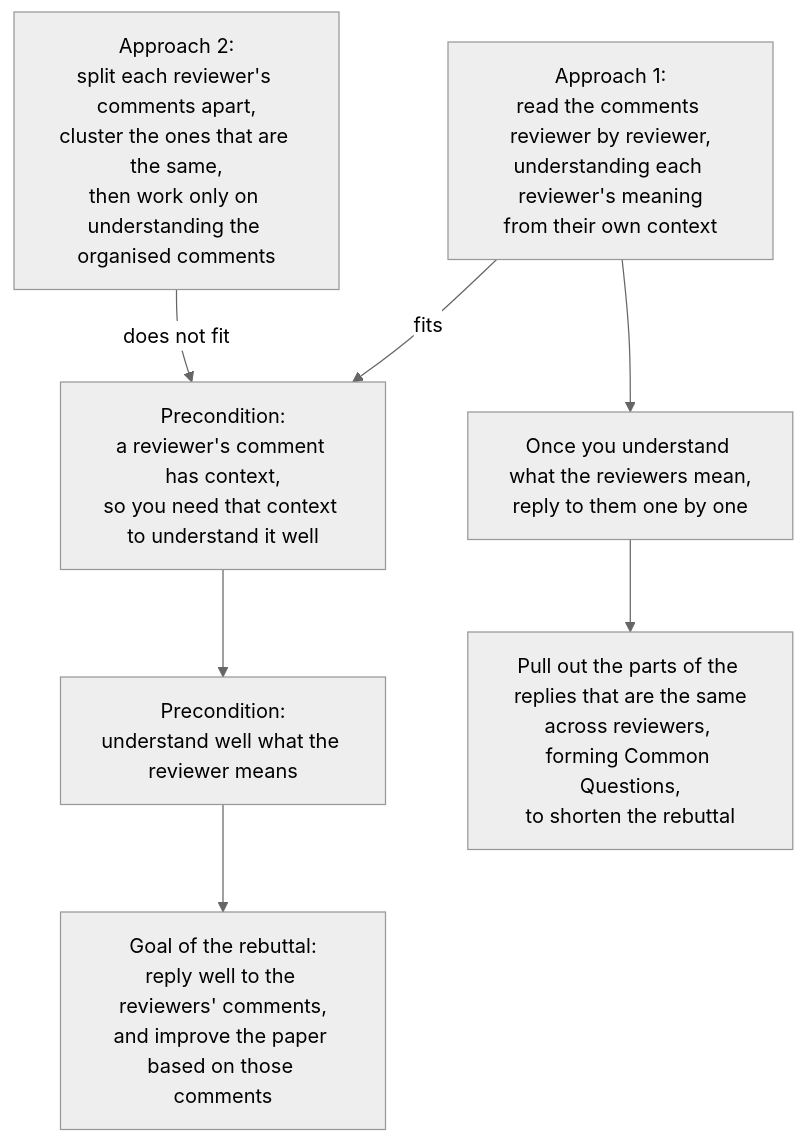
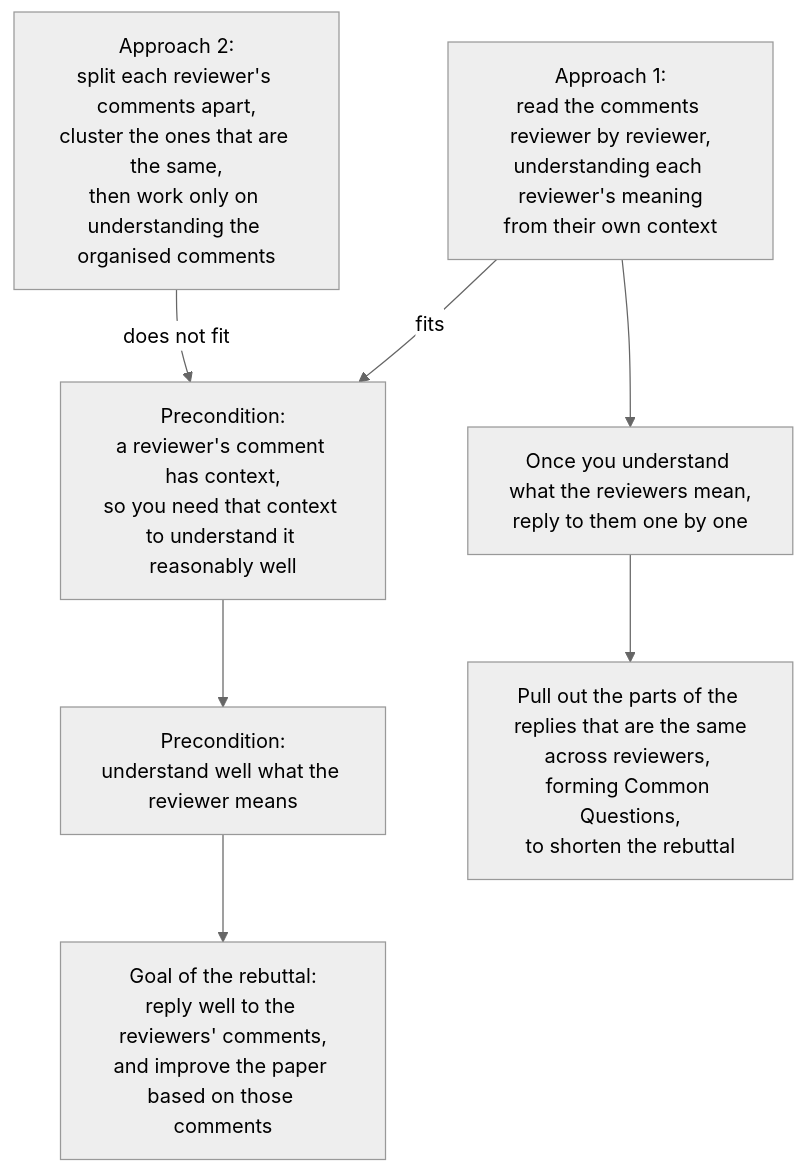
The diagram in notion/how-to-rebuttal/README.md (dipta007/learning-research-en), drawn with Mermaid (neutral theme) before and after one commit. The commit also changed other lines of this file and 3 other files, not shown here.

````diff
--- a/notion/how-to-rebuttal/README.md
+++ b/notion/how-to-rebuttal/README.md
@@ -35,14 +35,14 @@
 ```mermaid
 flowchart TD
     G["Goal of the rebuttal:<br/>reply well to the reviewers' comments,<br/>and improve the paper based on those comments"]
     P1["Precondition:<br/>understand well what the reviewer means"]
-    P2["Precondition:<br/>a reviewer's comment has context,<br/>so you need that context to understand it well"]
+    P2["Precondition:<br/>a reviewer's comment has context,<br/>so you need that context to understand it reasonably well"]
     A1["Approach 1:<br/>read the comments reviewer by reviewer,<br/>understanding each reviewer's meaning<br/>from their own context"]
     A2["Approach 2:<br/>split each reviewer's comments apart,<br/>cluster the ones that are the same,<br/>then work only on understanding the organised comments"]
     R1["Once you understand what the reviewers mean,<br/>reply to them one by one"]
     R2["Pull out the parts of the replies that are the same<br/>across reviewers, forming Common Questions,<br/>to shorten the rebuttal"]
     A1 -- fits --> P2
     A2 -- does not fit --> P2
     P2 --> P1 --> G
     A1 --> R1 --> R2
 ```
````
